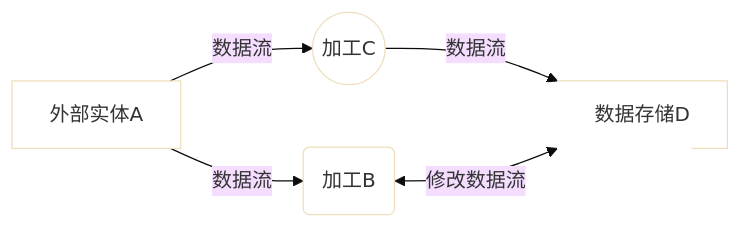
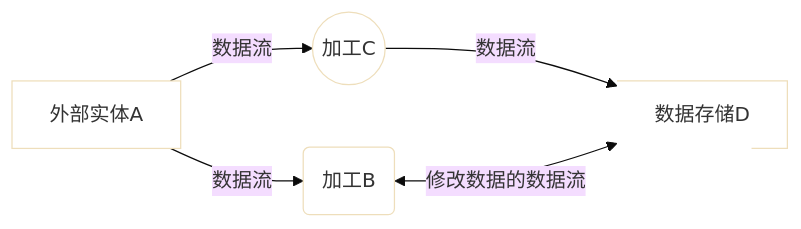
The diagram in SoftWareDesigner/下午题知识点分类.md (BryceLoski21/MarkDown), drawn with Mermaid (base theme) before and after one commit.

````diff
--- a/SoftWareDesigner/下午题知识点分类.md
+++ b/SoftWareDesigner/下午题知识点分类.md
@@ -11,13 +11,13 @@
 ```mermaid
     flowchart LR
 
     A[外部实体A] --数据流--> B(加工B)
     A --数据流--> C((加工C))
     C --数据流--> D[数据存储D]
-    B <--修改数据流--> D
+    B <--修改数据的数据流--> D
 
     style A fill: #fff
     style B fill: #fff
     style C fill: #fff
     style D stroke-dasharray: 219,3 , fill: #fff
 ```
````
